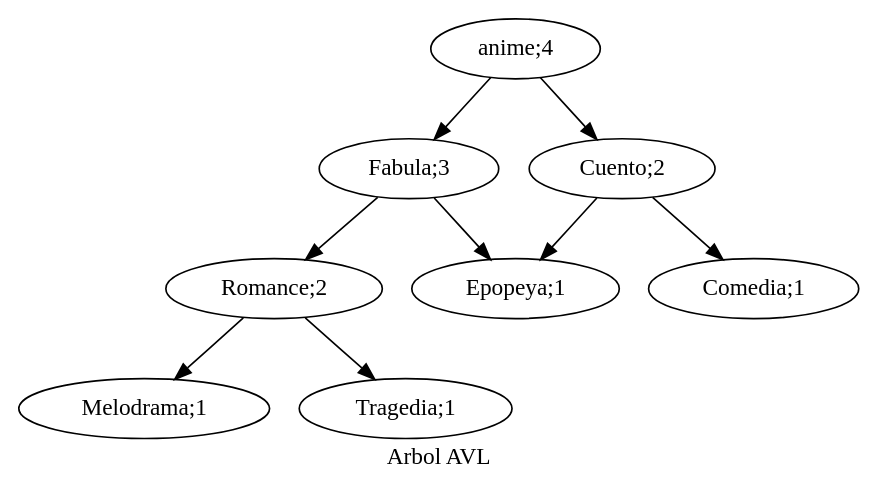
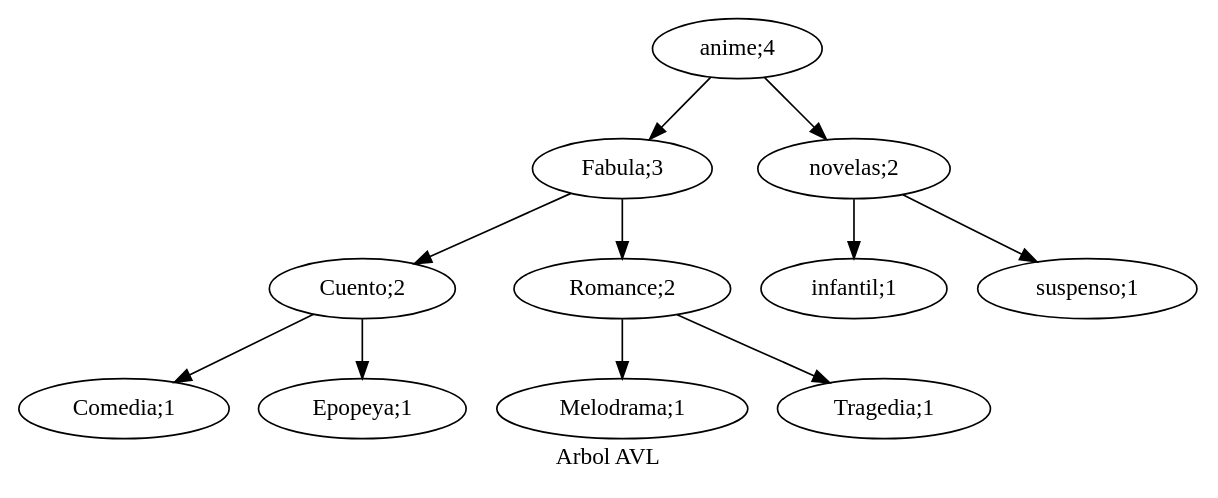
One commit to hr9457/EDD_1S2020_PY2_201314296 changed the diagram in EDD_Proyecto2/ArchivosDot/ArbolAVL.dot. Above: the diagram before and after it, drawn with Graphviz. The commit also changed 5 other files, not shown here.

```diff
--- a/EDD_Proyecto2/ArchivosDot/ArbolAVL.dot
+++ b/EDD_Proyecto2/ArchivosDot/ArbolAVL.dot
@@ -1,22 +1,26 @@
 digraph arbolAVL{
 rankdir=TB;
 nodoanime[ label = " anime;4" ];
 nodoanime->nodoFabula;
 nodoFabula[ label = " Fabula;3" ];
-nodoFabula->nodoEpopeya;
+nodoFabula->nodoCuento;
+nodoCuento[ label = " Cuento;2" ];
+nodoCuento->nodoComedia;
+nodoComedia[ label = " Comedia;1" ];
+nodoCuento->nodoEpopeya;
 nodoEpopeya[ label = " Epopeya;1" ];
 nodoFabula->nodoRomance;
 nodoRomance[ label = " Romance;2" ];
 nodoRomance->nodoMelodrama;
 nodoMelodrama[ label = " Melodrama;1" ];
 nodoRomance->nodoTragedia;
 nodoTragedia[ label = " Tragedia;1" ];
-nodoanime->nodoCuento;
-nodoCuento[ label = " Cuento;2" ];
-nodoCuento->nodoComedia;
-nodoComedia[ label = " Comedia;1" ];
-nodoCuento->nodoEpopeya;
-nodoEpopeya[ label = " Epopeya;1" ];
+nodoanime->nodonovelas;
+nodonovelas[ label = " novelas;2" ];
+nodonovelas->nodoinfantil;
+nodoinfantil[ label = " infantil;1" ];
+nodonovelas->nodosuspenso;
+nodosuspenso[ label = " suspenso;1" ];
 
 label = " Arbol AVL "; 
 }
```
